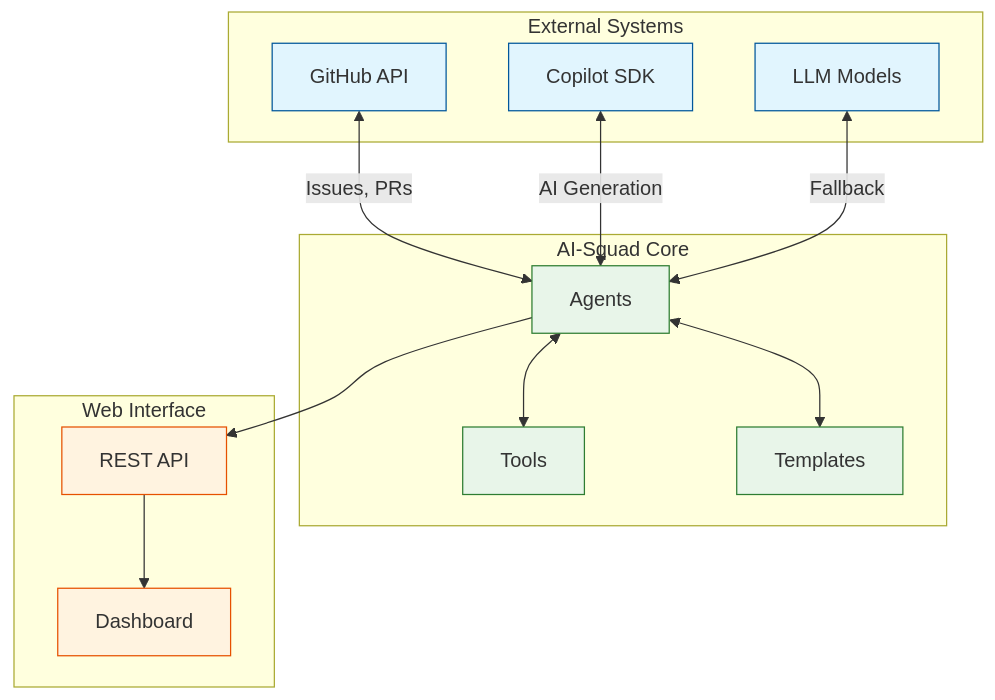
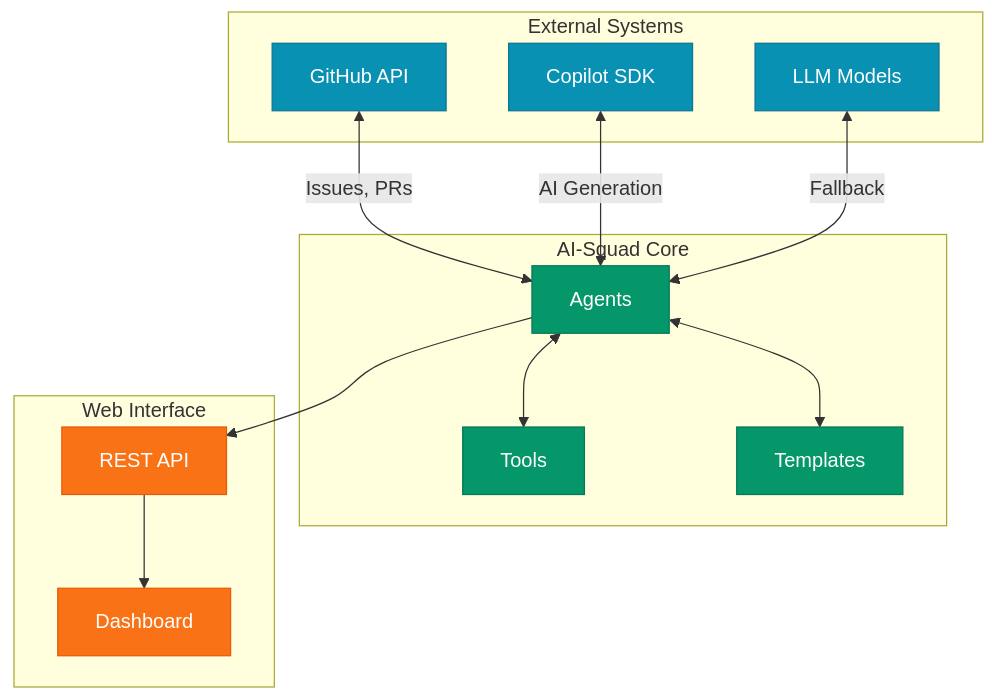
One commit to jnPiyush/AI-Squad changed the tenth of 10 diagrams in docs/architecture/ARCHITECTURE-DIAGRAMS.md. Above: the diagram before and after it, drawn with Mermaid. The commit also changed other lines of this file and 6 other files, not shown here.

First line of the commit message:
Consolidate docs: fix diagram colors, remove duplicates, reorganize

````diff
--- a/docs/architecture/ARCHITECTURE-DIAGRAMS.md
+++ b/docs/architecture/ARCHITECTURE-DIAGRAMS.md
@@ -498,37 +498,37 @@
 ```mermaid
 graph TB
     subgraph "External Systems"
         GitHub[GitHub API]
         SDK[Copilot SDK]
         LLM[LLM Models]
     end
     
     subgraph "AI-Squad Core"
         Agents[Agents]
         Tools[Tools]
         Templates[Templates]
     end
     
     subgraph "Web Interface"
         Dashboard[Dashboard]
         API[REST API]
     end
     
     GitHub <-->|Issues, PRs| Agents
     SDK <-->|AI Generation| Agents
     LLM <-->|Fallback| Agents
     
     Agents <--> Tools
     Agents <--> Templates
     
     API --> Dashboard
     Agents --> API
     
-    classDef external fill:#e1f5fe,stroke:#01579b
-    classDef core fill:#e8f5e9,stroke:#2e7d32
-    classDef web fill:#fff3e0,stroke:#e65100
+    classDef external fill:#0891b2,stroke:#0e7490,color:#fff
+    classDef core fill:#059669,stroke:#047857,color:#fff
+    classDef web fill:#f97316,stroke:#ea580c,color:#fff
     
     class GitHub,SDK,LLM external
     class Agents,Tools,Templates core
     class Dashboard,API web
 ```
````
